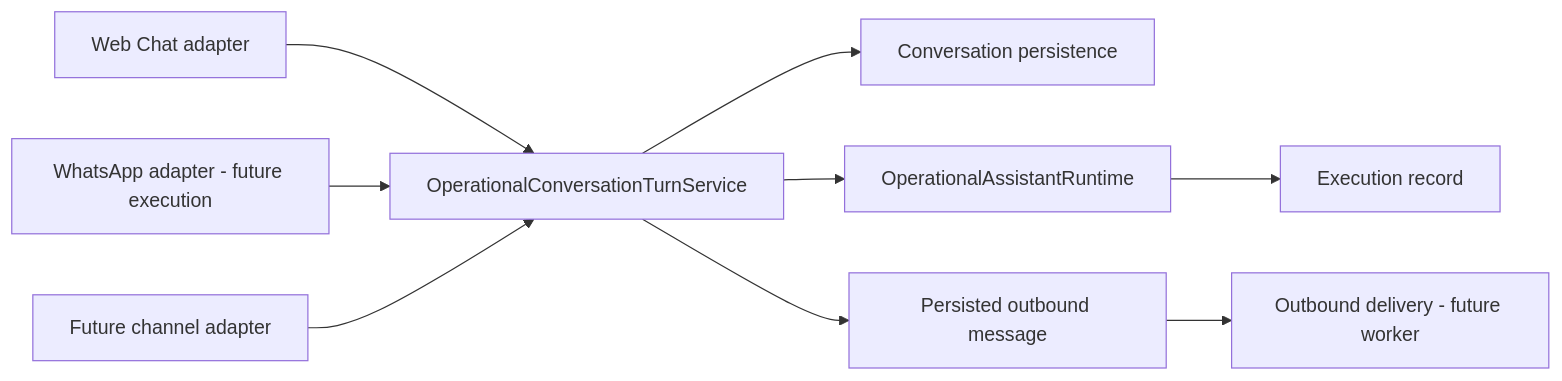
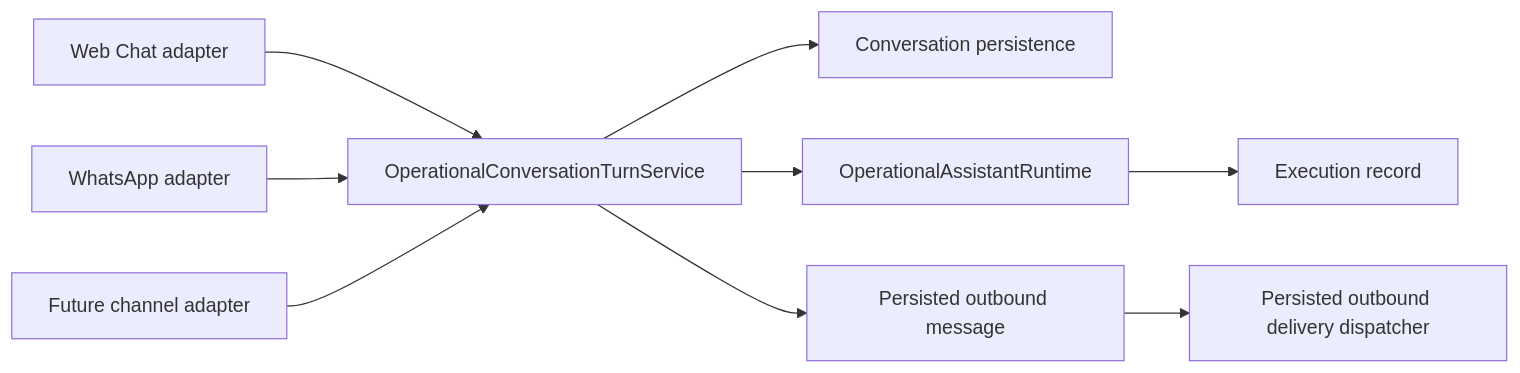
Before and after one commit to Alexxzago/atlas-core: the fifth of 6 diagrams in docs/ATLAS_PLATFORM_ARCHITECTURE.md, drawn with Mermaid. The commit also changed other lines of this file and 30 other files, not shown here.

````diff
--- a/docs/ATLAS_PLATFORM_ARCHITECTURE.md
+++ b/docs/ATLAS_PLATFORM_ARCHITECTURE.md
@@ -219,11 +213,11 @@
 ```mermaid
 flowchart LR
   Web[Web Chat adapter] --> Turn[OperationalConversationTurnService]
-  WA[WhatsApp adapter - future execution] --> Turn
+   WA[WhatsApp adapter] --> Turn
   Future[Future channel adapter] --> Turn
   Turn --> Conv[Conversation persistence]
   Turn --> Runtime[OperationalAssistantRuntime]
   Runtime --> Record[Execution record]
   Turn --> Outbound[Persisted outbound message]
-  Outbound --> Delivery[Outbound delivery - future worker]
+   Outbound --> Delivery[Persisted outbound delivery dispatcher]
 ```
````
